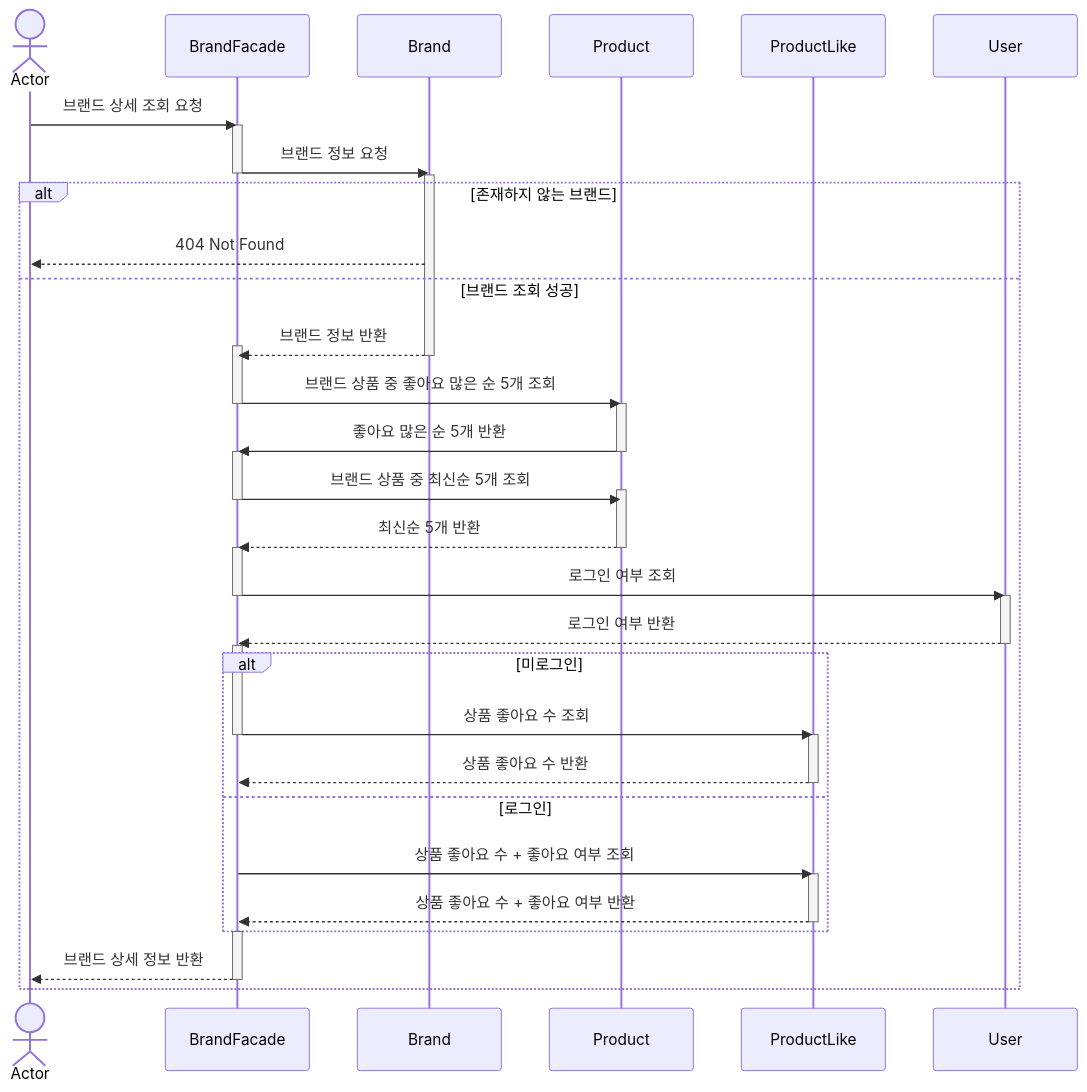
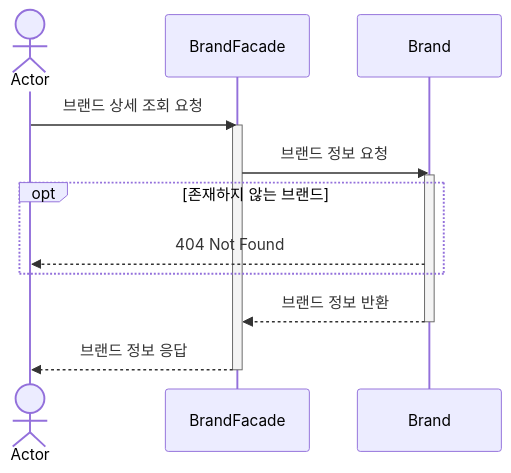
One commit to hgh1472/loopers changed the third of 9 diagrams in docs/design/02-sequence-diagrams.md. Above: the diagram before and after it, drawn with Mermaid. The commit also changed other lines of this file and 3 other files, not shown here.

````diff
--- a/docs/design/02-sequence-diagrams.md
+++ b/docs/design/02-sequence-diagrams.md
@@ -106,56 +84,19 @@
 ```mermaid
 sequenceDiagram
   Actor A as Actor
   Participant BF as BrandFacade
   Participant B as Brand
-  Participant P as Product
-  Participant L as ProductLike
-  Participant U as User
   
   A->>BF: 브랜드 상세 조회 요청
   activate BF
   BF->>B: 브랜드 정보 요청
+  activate B
+  opt 존재하지 않는 브랜드
+    B-->>A: 404 Not Found
+  end
+  B -->> BF: 브랜드 정보 반환
+  deactivate B
+  BF -->> A: 브랜드 정보 응답 
   deactivate BF
-  activate B
-  alt 존재하지 않는 브랜드
-    B-->>A: 404 Not Found
-  else 브랜드 조회 성공
-    B-->>BF: 브랜드 정보 반환
-    activate BF
-    deactivate B
-    BF->>P: 브랜드 상품 중 좋아요 많은 순 5개 조회
-    deactivate BF
-    activate P
-    P->>BF: 좋아요 많은 순 5개 반환
-    deactivate P
-    activate BF
-    BF->>P: 브랜드 상품 중 최신순 5개 조회
-    activate P
-    deactivate BF
-    P-->>BF: 최신순 5개 반환
-    deactivate P
-    activate BF
-    BF->>U: 로그인 여부 조회
-    deactivate BF
-    activate U
-    U-->>BF: 로그인 여부 반환
-    deactivate U
-    activate BF
-    alt 미로그인
-      BF->>L: 상품 좋아요 수 조회
-      deactivate BF
-      activate L
-      L-->>BF: 상품 좋아요 수 반환
-      deactivate L
-    else 로그인
-      BF->>L: 상품 좋아요 수 + 좋아요 여부 조회
-      activate L
-      L-->>BF: 상품 좋아요 수 + 좋아요 여부 반환
-      deactivate L
-    end
-    activate BF
-    BF-->>A : 브랜드 상세 정보 반환
-    deactivate BF
-  end
   
 ```
````
